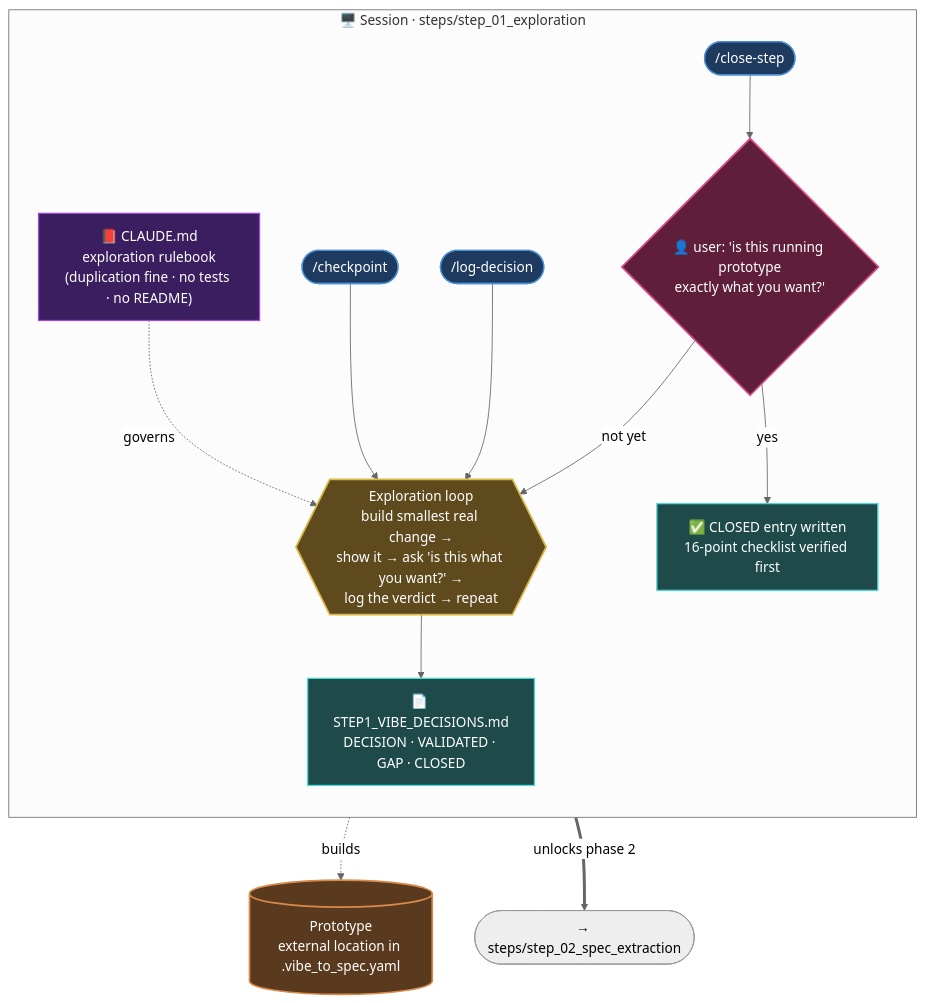
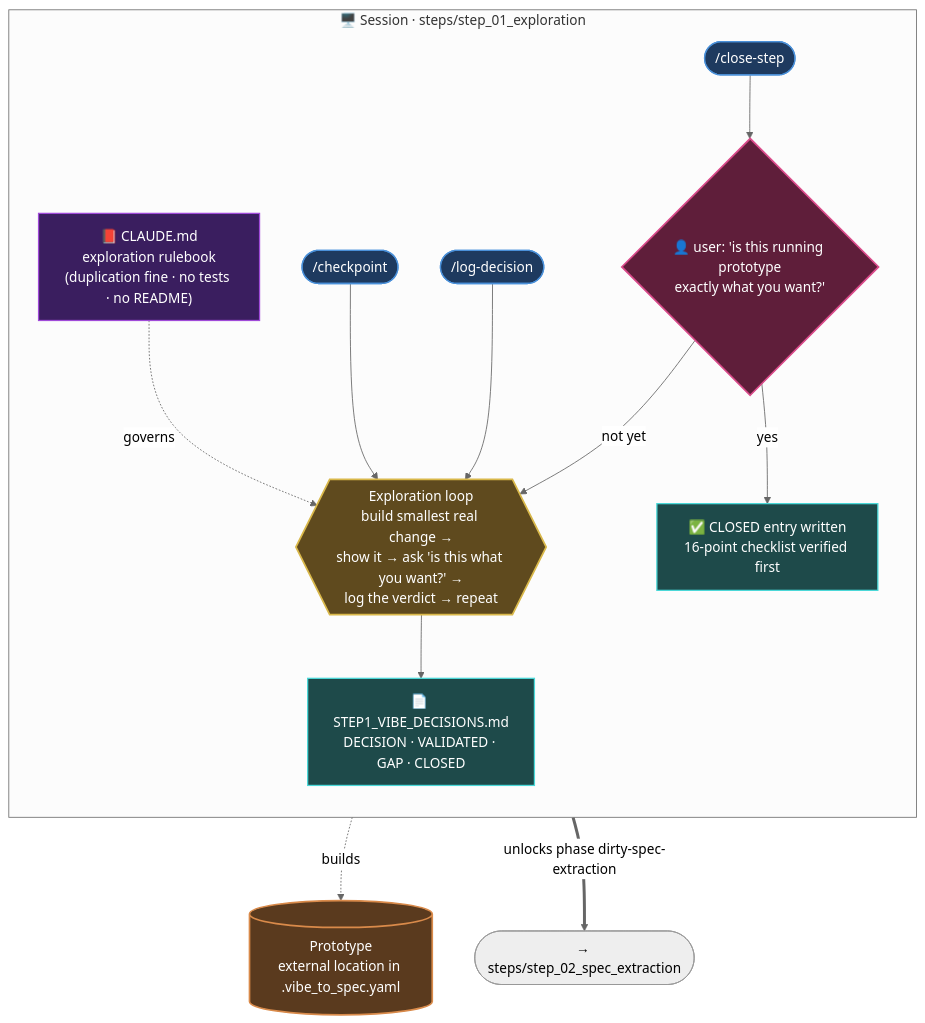
One commit to jeromeetienne/vibe_to_spec changed the second of 6 diagrams in docs/global_workflow.md. Above: the diagram before and after it, drawn with Mermaid (neutral theme). The commit also changed other lines of this file and 9 other files, not shown here.

Commit message:
Shorten phase names to Dirty Spec Extraction / Spec Cleaning and reference phases by name, not number

````diff
--- a/docs/global_workflow.md
+++ b/docs/global_workflow.md
@@ -74,38 +74,38 @@
 ```mermaid
 flowchart TD
     subgraph S1["🖥️ Session · steps/step_01_exploration"]
         direction TB
         R1["📕 CLAUDE.md<br/>exploration rulebook<br/>(duplication fine · no tests · no README)"]
         Cmd1a(["/checkpoint"])
         Cmd1b(["/log-decision"])
         Cmd1c(["/close-step"])
 
         Loop1{{"Exploration loop<br/>build smallest real change →<br/>show it → ask 'is this what you want?' →<br/>log the verdict → repeat"}}
 
         R1 -.governs.-> Loop1
         Cmd1a --> Loop1
         Cmd1b --> Loop1
         Loop1 --> Log1["📄 STEP1_VIBE_DECISIONS.md<br/>DECISION · VALIDATED · GAP · CLOSED"]
 
         Cmd1c --> Gate1{"👤 user: 'is this running prototype<br/>exactly what you want?'"}
         Gate1 -->|"not yet"| Loop1
         Gate1 -->|"yes"| Closed1["✅ CLOSED entry written<br/>16-point checklist verified first"]
     end
 
     Proto1[("Prototype<br/>external location in .vibe_to_spec.yaml")]
     Loop1 -.->|builds| Proto1
-    Closed1 ==>|"unlocks phase 2"| Next1(["→ steps/step_02_spec_extraction"])
+    Closed1 ==>|"unlocks phase dirty-spec-extraction"| Next1(["→ steps/step_02_spec_extraction"])
 
     classDef rule fill:#3a1e5f,stroke:#a04ad9,stroke-width:1.5px,color:#fff;
     classDef cmd fill:#1e3a5f,stroke:#4a90d9,stroke-width:1.5px,color:#fff;
     classDef loop fill:#5f4a1e,stroke:#d9b84a,stroke-width:2px,color:#fff;
     classDef rec fill:#1e4a4a,stroke:#4ad9d9,stroke-width:1.5px,color:#fff;
     classDef gate fill:#5f1e3a,stroke:#d94a8a,stroke-width:2px,color:#fff;
     classDef code fill:#5a3a1e,stroke:#d98a4a,stroke-width:2px,color:#fff;
     class R1 rule;
     class Cmd1a,Cmd1b,Cmd1c cmd;
     class Loop1 loop;
     class Log1,Closed1 rec;
     class Gate1 gate;
     class Proto1 code;
 ```
````
